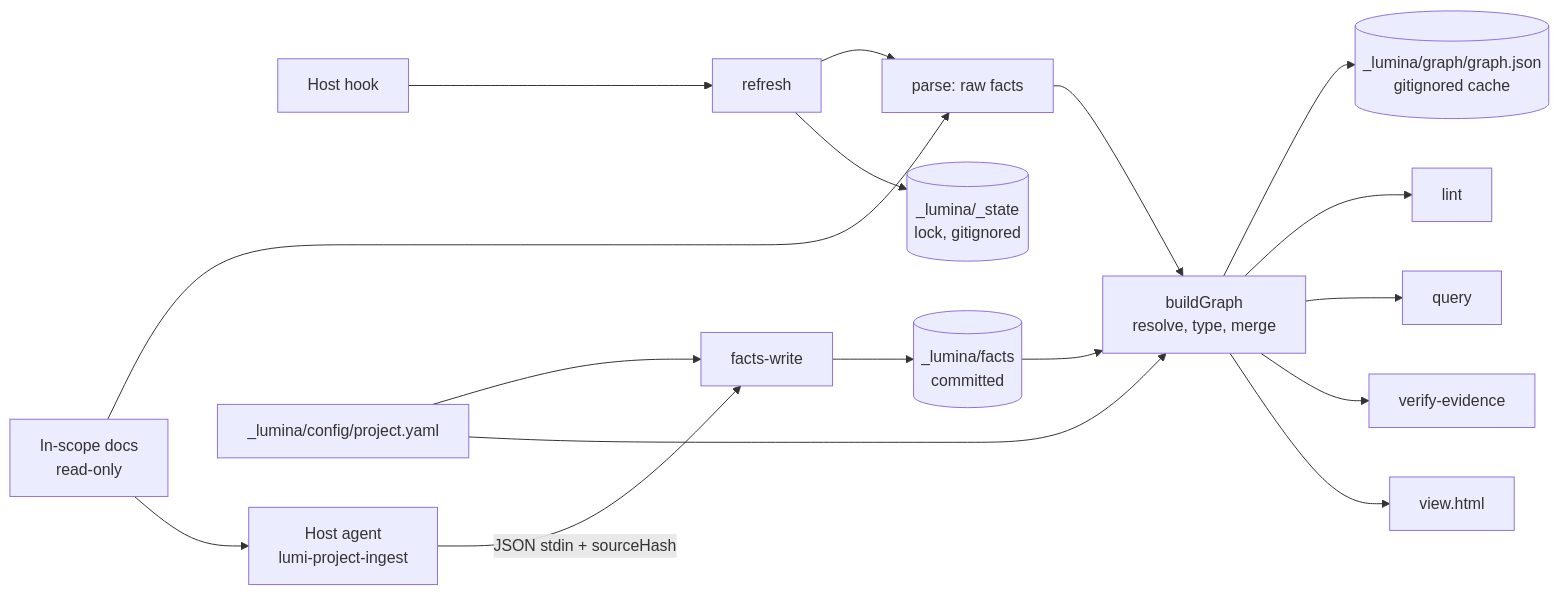
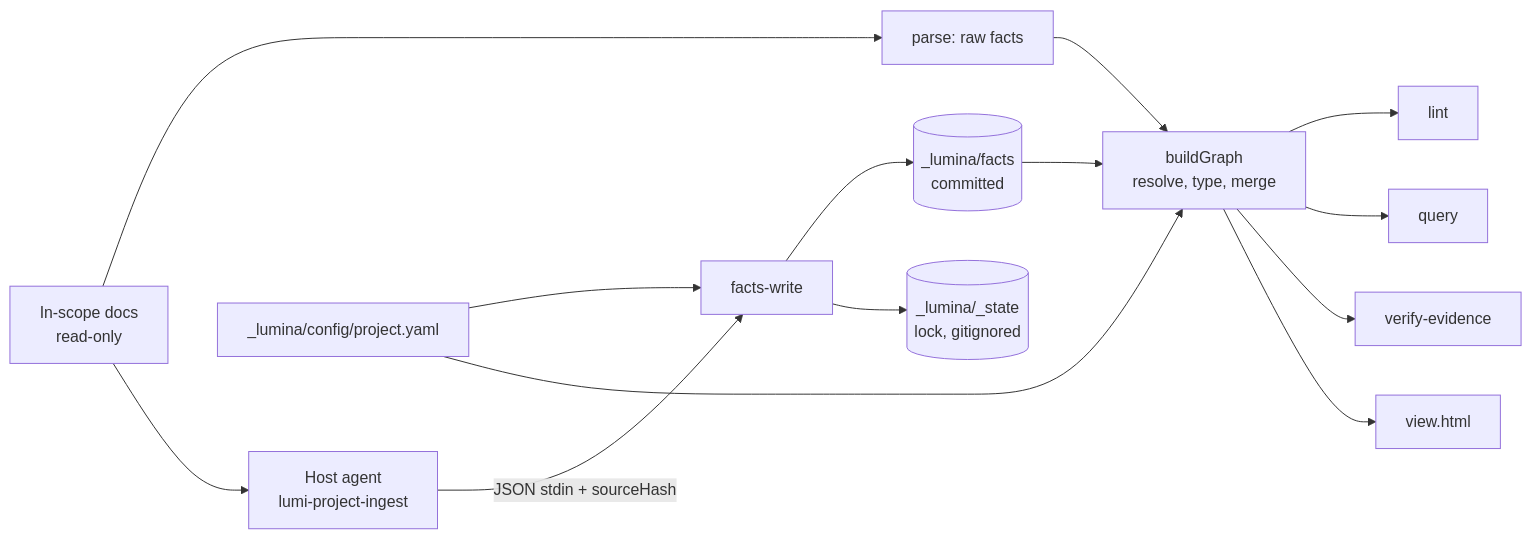
Before and after one commit to tronghieu/lumina-wiki: the first of 2 diagrams in docs/planning-artifacts/architecture/architecture-project-docs-overlay-2026-09-26/ARCHITECTURE-SPINE.md, drawn with Mermaid. The commit also changed other lines of this file and 9 other files, not shown here.

````diff
--- a/docs/planning-artifacts/architecture/architecture-project-docs-overlay-2026-09-26/ARCHITECTURE-SPINE.md
+++ b/docs/planning-artifacts/architecture/architecture-project-docs-overlay-2026-09-26/ARCHITECTURE-SPINE.md
@@ -23,19 +23,16 @@
 ```mermaid
 flowchart LR
   docs[In-scope docs<br/>read-only] --> parse[parse: raw facts]
-  hook[Host hook] --> refresh[refresh]
-  refresh --> parse
-  refresh --> state[(_lumina/_state<br/>lock, gitignored)]
   docs --> agent[Host agent<br/>lumi-project-ingest]
   agent -->|JSON stdin + sourceHash| fw[facts-write]
   cfg[_lumina/config/project.yaml] --> fw
   cfg --> bg
   fw --> f[(_lumina/facts<br/>committed)]
+  fw --> state[(_lumina/_state<br/>lock, gitignored)]
   parse --> bg[buildGraph<br/>resolve, type, merge]
   f --> bg
-  bg --> cache[(_lumina/graph/graph.json<br/>gitignored cache)]
   bg --> lint[lint]
   bg --> query[query]
   bg --> verify[verify-evidence]
   bg --> view[view.html]
 ```
````
